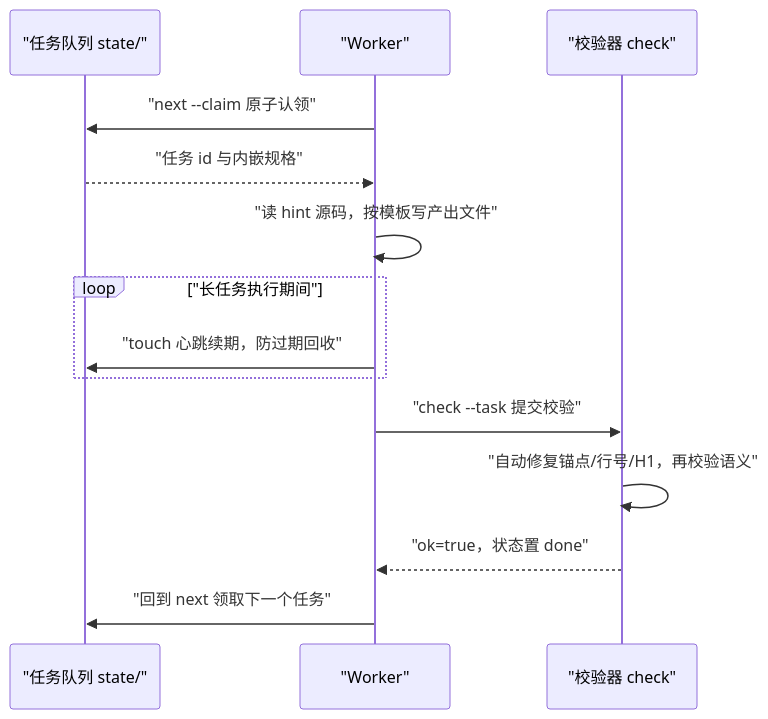
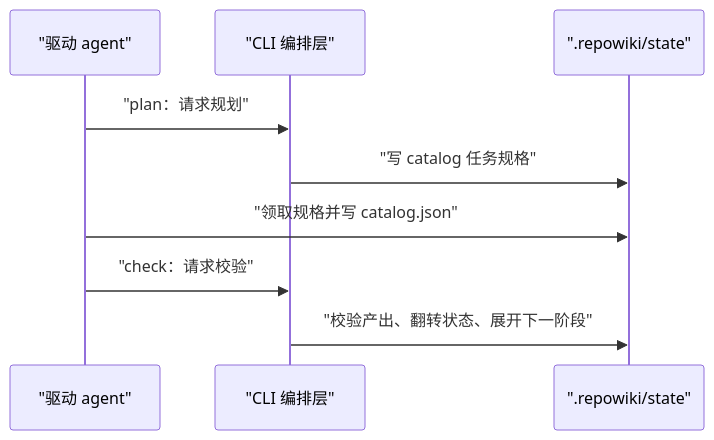
The first of 2 diagrams in .repowiki/zh/content/项目概述/项目定位与核心概念.md (luomsis/repowiki), drawn with Mermaid before and after one commit. The commit also changed other lines of this file and 100 other files, not shown here.

````diff
--- a/.repowiki/zh/content/项目概述/项目定位与核心概念.md
+++ b/.repowiki/zh/content/项目概述/项目定位与核心概念.md
@@ -98,16 +70,11 @@
 ```mermaid
 sequenceDiagram
-participant Queue as "任务队列 state/"
-participant Worker as "Worker"
-participant V as "校验器 check"
-Worker->>Queue : "next --claim 原子认领"
-Queue-->>Worker : "任务 id 与内嵌规格"
-Worker->>Worker : "读 hint 源码，按模板写产出文件"
-loop "长任务执行期间"
-  Worker->>Queue : "touch 心跳续期，防过期回收"
-end
-Worker->>V : "check --task 提交校验"
-V->>V : "自动修复锚点/行号/H1，再校验语义"
-V-->>Worker : "ok=true，状态置 done"
-Worker->>Queue : "回到 next 领取下一个任务"
+participant AG as "驱动 agent"
+participant CLI as "CLI 编排层"
+participant FS as ".repowiki/state"
+AG->>CLI : "plan：请求规划"
+CLI->>FS : "写 catalog 任务规格"
+AG->>FS : "领取规格并写 catalog.json"
+AG->>CLI : "check：请求校验"
+CLI->>FS : "校验产出、翻转状态、展开下一阶段"
 ```
````
